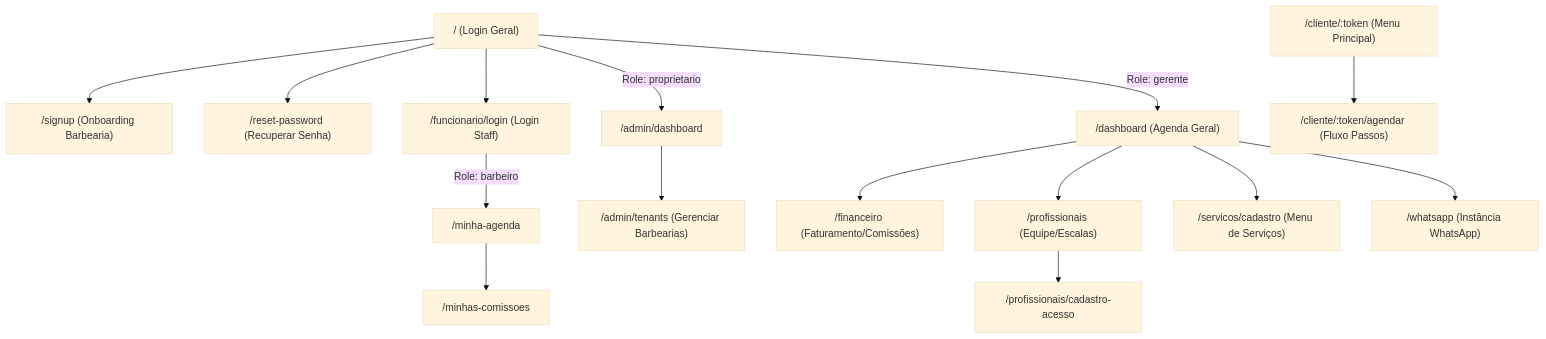
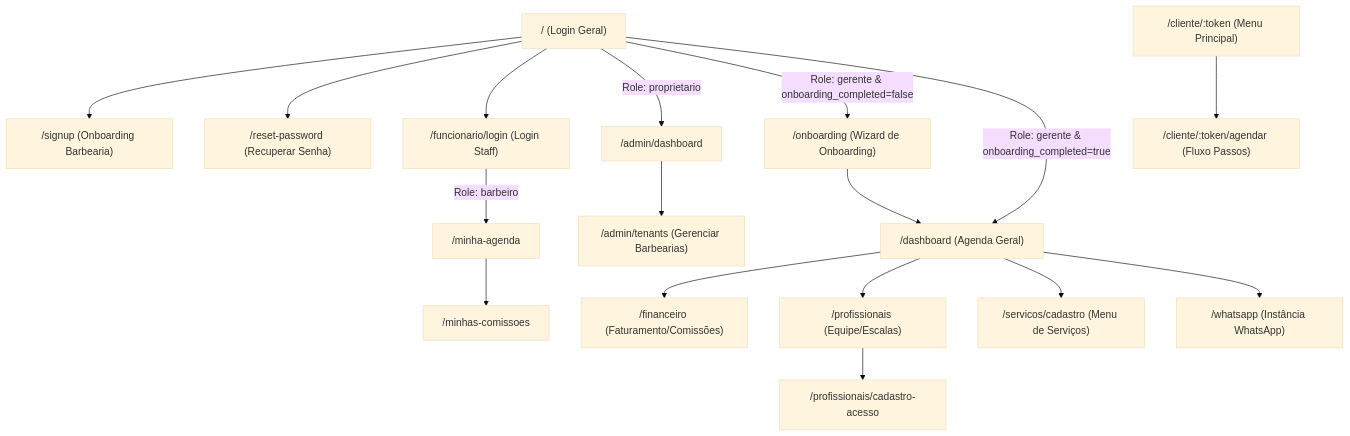
One commit to Resp94/navalhado changed the diagram in docs/arquitetura_rotas.md. Above: the diagram before and after it, drawn with Mermaid (base theme). The commit also changed other lines of this file and 2 other files, not shown here.

Commit message:
docs: adicionar ADR 011 e atualizar CONTEXT e rotas para o wizard de onboarding

````diff
--- a/docs/arquitetura_rotas.md
+++ b/docs/arquitetura_rotas.md
@@ -13,26 +13,28 @@
 ```mermaid
 graph TD
     %% Rotas Públicas/Autenticação
     R_Root["/ (Login Geral)"] --> R_SignUp["/signup (Onboarding Barbearia)"]
     R_Root --> R_ResetPass["/reset-password (Recuperar Senha)"]
     R_Root --> R_FuncLogin["/funcionario/login (Login Staff)"]
 
     %% Painel Proprietário SaaS
     R_Root -- Role: proprietario --> R_AdminDash["/admin/dashboard"]
     R_AdminDash --> R_AdminTenants["/admin/tenants (Gerenciar Barbearias)"]
 
     %% Painel Gerente de Barbearia
-    R_Root -- Role: gerente --> R_Dash["/dashboard (Agenda Geral)"]
+    R_Root -- Role: gerente & onboarding_completed=false --> R_Onboarding["/onboarding (Wizard de Onboarding)"]
+    R_Root -- Role: gerente & onboarding_completed=true --> R_Dash["/dashboard (Agenda Geral)"]
+    R_Onboarding --> R_Dash
     R_Dash --> R_Fin["/financeiro (Faturamento/Comissões)"]
     R_Dash --> R_Profs["/profissionais (Equipe/Escalas)"]
     R_Profs --> R_CadProf["/profissionais/cadastro-acesso"]
     R_Dash --> R_Servs["/servicos/cadastro (Menu de Serviços)"]
     R_Dash --> R_Whats["/whatsapp (Instância WhatsApp)"]
 
     %% Painel Barbeiro
     R_FuncLogin -- Role: barbeiro --> R_MyAgenda["/minha-agenda"]
     R_MyAgenda --> R_MyCommissions["/minhas-comissoes"]
 
     %% Canal Cliente (Sem Login)
     R_ClientMenu["/cliente/:token (Menu Principal)"] --> R_ClientBook["/cliente/:token/agendar (Fluxo Passos)"]
 ```
````
